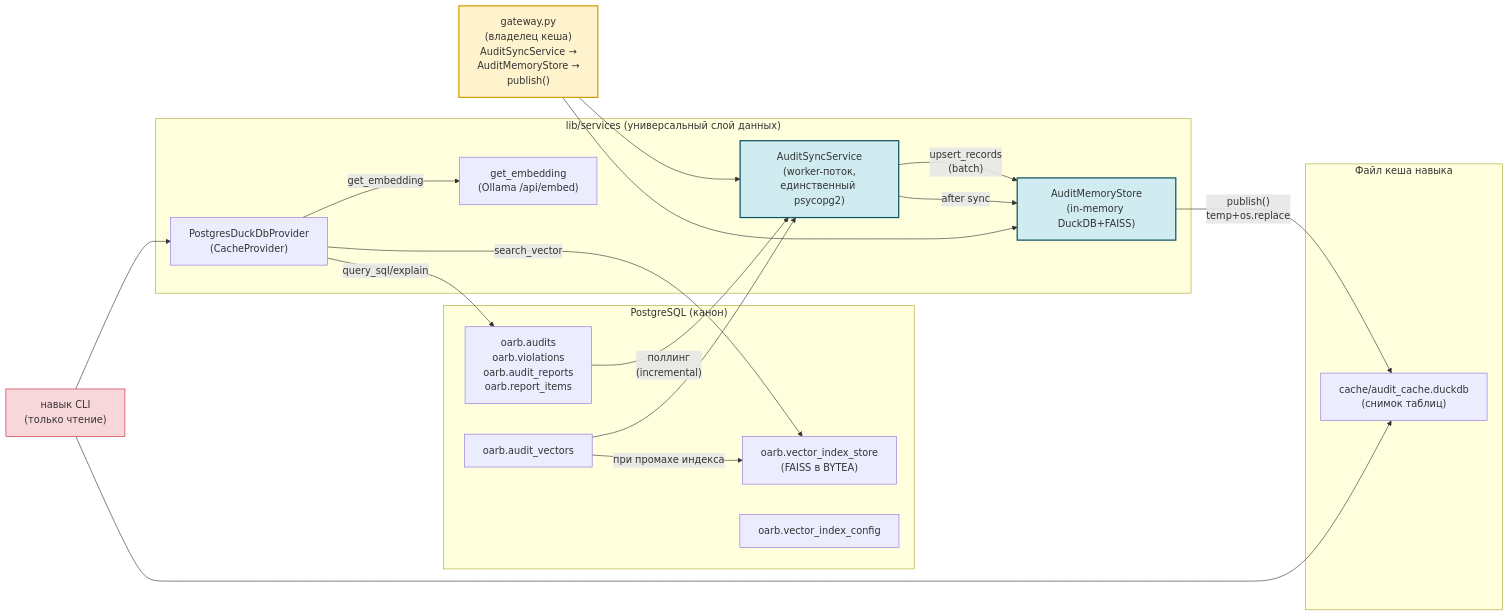
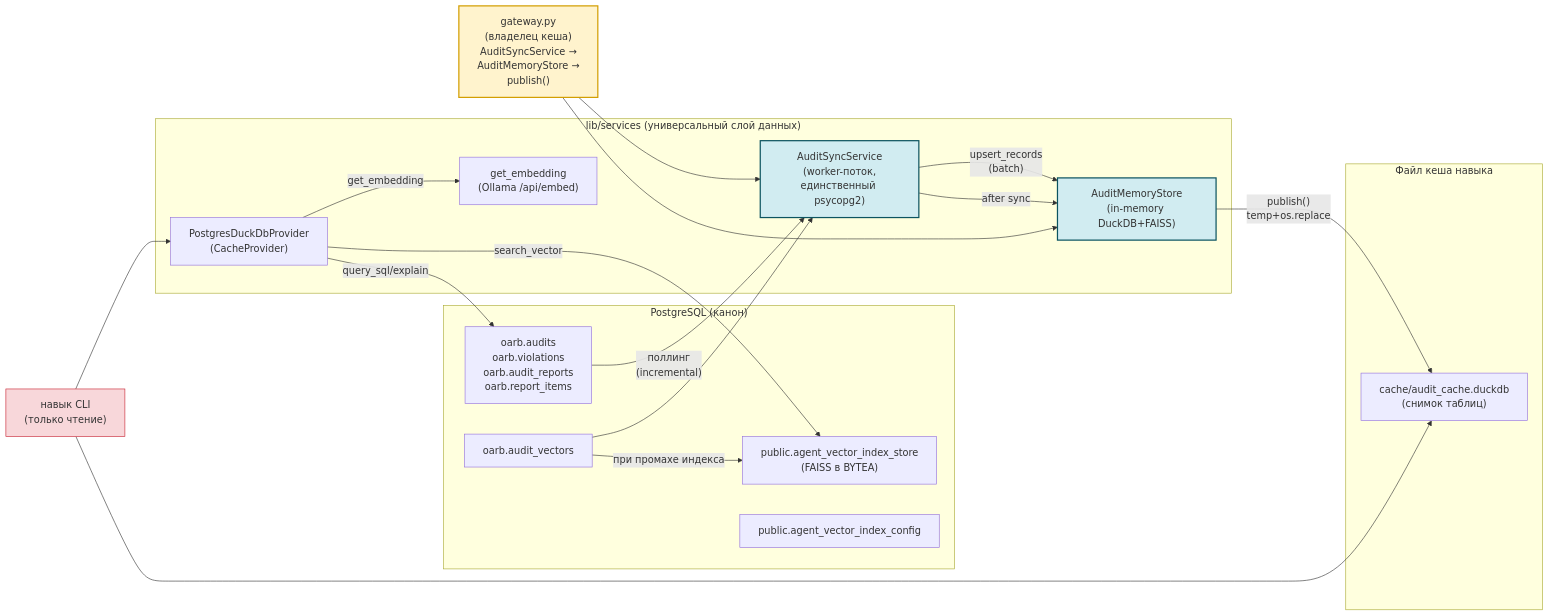
The first of 2 diagrams in DEVELOPMENT.md (AlexEgorov85/workspaces_nanobot), drawn with Mermaid before and after one commit. The commit also changed other lines of this file and 3 other files, not shown here.

````diff
--- a/DEVELOPMENT.md
+++ b/DEVELOPMENT.md
@@ -40,45 +40,45 @@
 ```mermaid
 flowchart LR
     subgraph PG["PostgreSQL (канон)"]
         AUDITS["oarb.audits<br/>oarb.violations<br/>oarb.audit_reports<br/>oarb.report_items"]
         VECTORS["oarb.audit_vectors"]
-        STORE["oarb.vector_index_store<br/>(FAISS в BYTEA)"]
-        CONFIG["oarb.vector_index_config"]
+        STORE["public.agent_vector_index_store<br/>(FAISS в BYTEA)"]
+        CONFIG["public.agent_vector_index_config"]
     end
 
     subgraph SERVICES["lib/services (универсальный слой данных)"]
         SYNC["AuditSyncService<br/>(worker-поток,<br/>единственный psycopg2)"]
         STORE_SVC["AuditMemoryStore<br/>(in-memory DuckDB+FAISS)"]
         PROV["PostgresDuckDbProvider<br/>(CacheProvider)"]
         EMBED["get_embedding<br/>(Ollama /api/embed)"]
     end
 
     subgraph ARTIFACT["Файл кеша навыка"]
         DUCK["cache/audit_cache.duckdb<br/>(снимок таблиц)"]
     end
 
     AUDITS -->|"поллинг<br/>(incremental)"| SYNC
     VECTORS --> SYNC
     SYNC -->|"upsert_records<br/>(batch)"| STORE_SVC
     SYNC -->|"after sync"| STORE_SVC
     STORE_SVC -->|"publish()<br/>temp+os.replace"| DUCK
     VECTORS -->|"при промахе индекса"| STORE
     PROV -->|"query_sql/explain"| AUDITS
     PROV -->|"search_vector"| STORE
     PROV -->|"get_embedding"| EMBED
 
     GATEWAY["gateway.py<br/>(владелец кеша)<br/>AuditSyncService →<br/>AuditMemoryStore →<br/>publish()"]
     CLI["навык CLI<br/>(только чтение)"]
 
     GATEWAY --> SYNC
     GATEWAY --> STORE_SVC
     CLI --> DUCK
     CLI --> PROV
 
     classDef service fill:#d1ecf1,stroke:#0c5460,stroke-width:2px
     classDef owner fill:#fff3cd,stroke:#d39e00,stroke-width:2px
     classDef consumer fill:#f8d7da,stroke:#c82333
     class SYNC,STORE_SVC service
     class GATEWAY owner
     class CLI consumer
 ```
````
